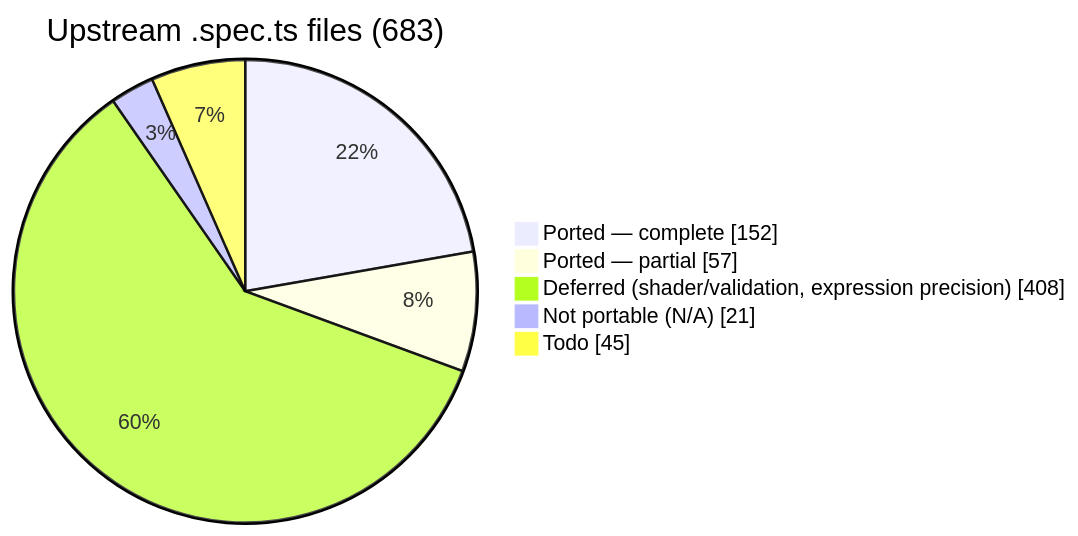
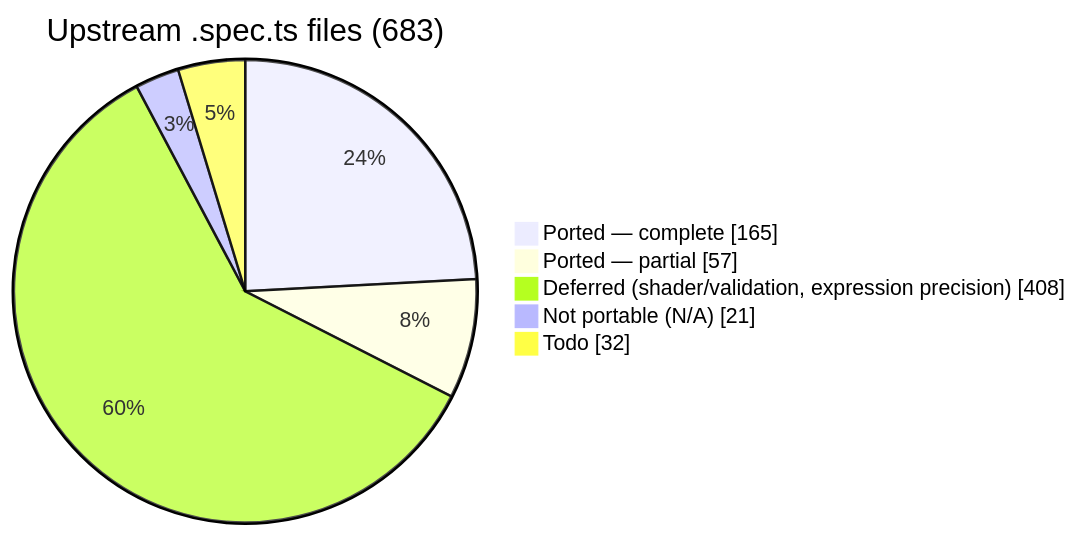
Before and after one commit to infosia/webgpu-native-cts: the first of 2 diagrams in README.md, drawn with Mermaid. The commit also changed other lines of this file and 17 other files, not shown here.

````diff
--- a/README.md
+++ b/README.md
@@ -94,9 +94,9 @@
 ```mermaid
 pie showData
     title Upstream .spec.ts files (683)
-    "Ported — complete" : 152
+    "Ported — complete" : 165
     "Ported — partial" : 57
     "Deferred (shader/validation, expression precision)" : 408
     "Not portable (N/A)" : 21
-    "Todo" : 45
+    "Todo" : 32
 ```
````
